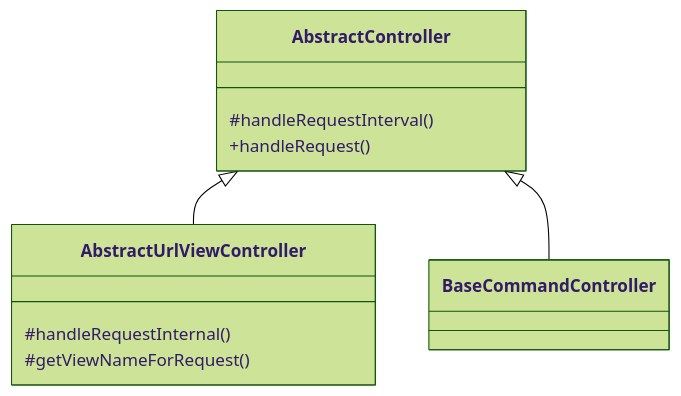
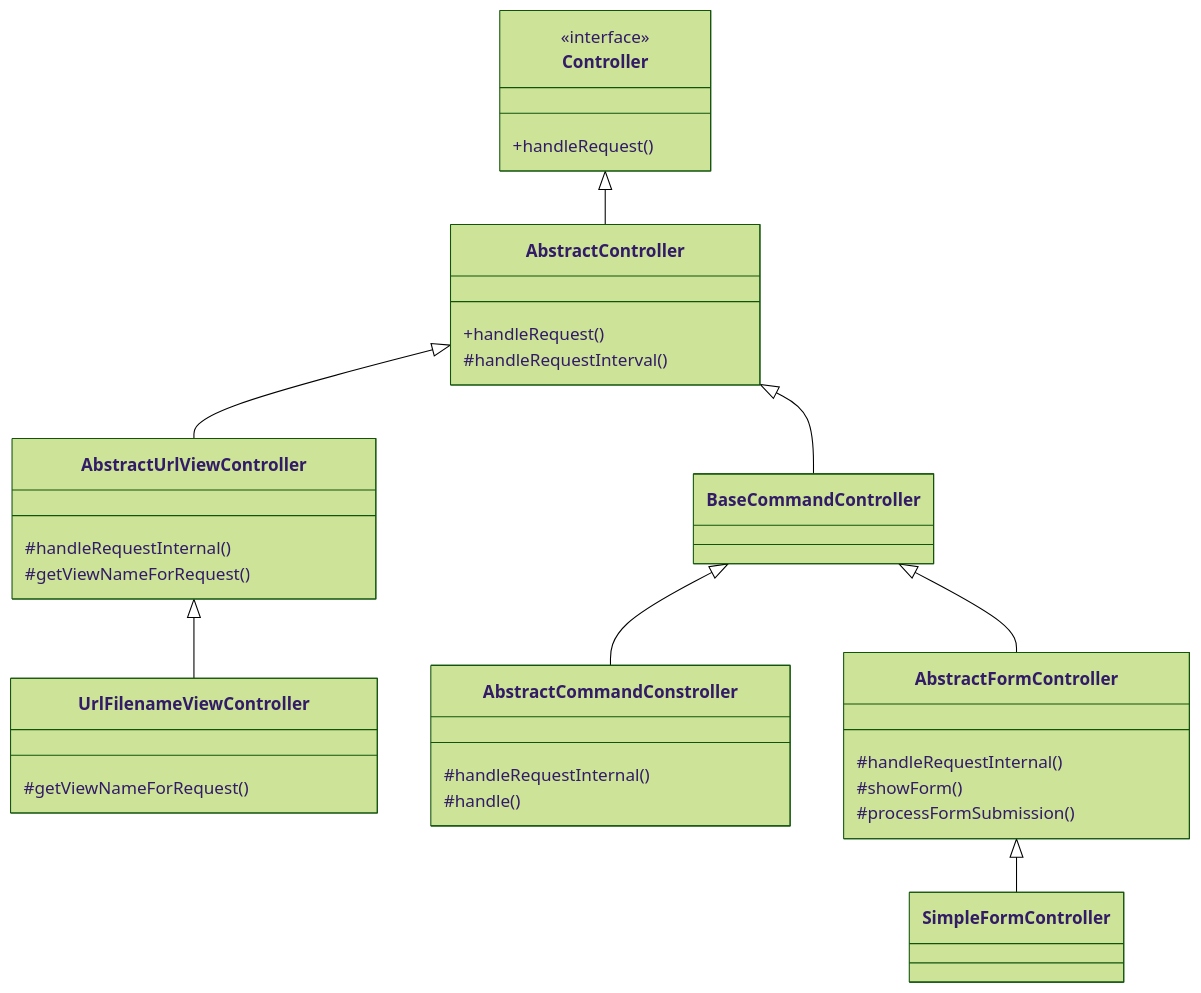
The diagram in 홍승희/CHAPTER_04_재사용_상속보단 조립.md (singhui46/Design-Pattern-Study), drawn with Mermaid (forest theme) before and after one commit. The commit also changed other lines of this file, not shown here.

Commit message:
Update CHAPTER_04_재사용_상속보단 조립.md

````diff
--- a/홍승희/CHAPTER_04_재사용_상속보단 조립.md
+++ b/홍승희/CHAPTER_04_재사용_상속보단 조립.md
@@ -30,13 +30,34 @@
 ```mermaid
 classDiagram
+      Controller <|-- AbstractController
+      Controller: +handleRequest()
+      <<interface>> Controller
       AbstractController <|-- AbstractUrlViewController
       AbstractController <|-- BaseCommandController
+      AbstractController: +handleRequest()
       AbstractController: #handleRequestInterval()
-      AbstractController: +handleRequest()
+      AbstractUrlViewController <|-- UrlFilenameViewController
+      BaseCommandController <|-- AbstractCommandConstroller
+      BaseCommandController <|-- AbstractFormController      
+      AbstractFormController <|-- SimpleFormController
       class AbstractUrlViewController{
-          #handleRequestInternal()
-          #getViewNameForRequest()
+            #handleRequestInternal()
+            #getViewNameForRequest()
       }
       class BaseCommandController{
       }
+      class UrlFilenameViewController{
+            #getViewNameForRequest()
+      }
+      class AbstractCommandConstroller{
+            #handleRequestInternal()
+            #handle()
+      }
+      class AbstractFormController{
+            #handleRequestInternal()
+            #showForm()
+            #processFormSubmission()
+      }
+      class SimpleFormController{
+      }
 ```
````
